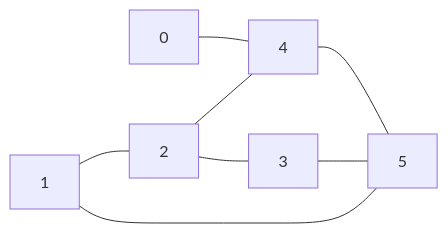
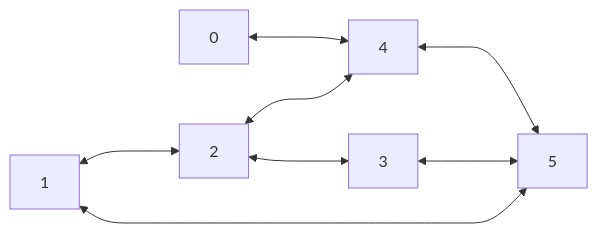
One commit to boddaert/nsi changed the first of 2 diagrams in terminale/Structures_de_données/Structures_relationnelles_de_données/Graphes.md. Above: the diagram before and after it, drawn with Mermaid. The commit also changed other lines of this file and 1 other file, not shown here.

````diff
--- a/terminale/Structures_de_données/Structures_relationnelles_de_données/Graphes.md
+++ b/terminale/Structures_de_données/Structures_relationnelles_de_données/Graphes.md
@@ -73,10 +73,10 @@
 ```mermaid
     flowchart LR
-        0 --- 4
-        1 --- 2
-        1 --- 5
-        2 --- 4
-        2 --- 3
-        3 --- 5
-        4 --- 5
+        0 <---> 4
+        1 <---> 2
+        1 <---> 5
+        2 <---> 4
+        2 <---> 3
+        3 <---> 5
+        4 <---> 5
 ```
````
